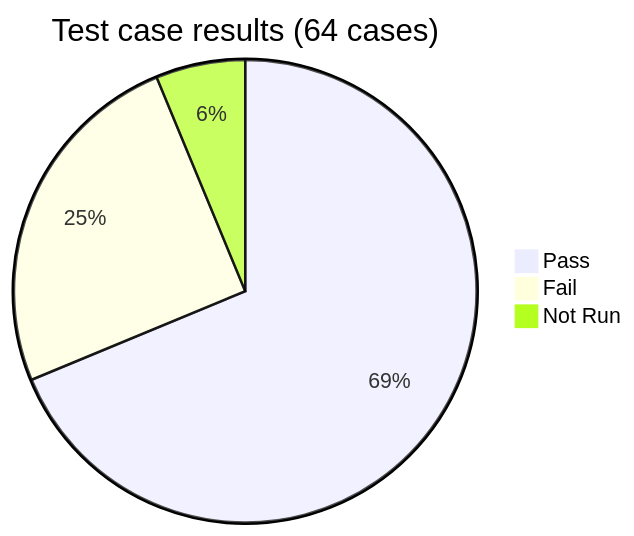
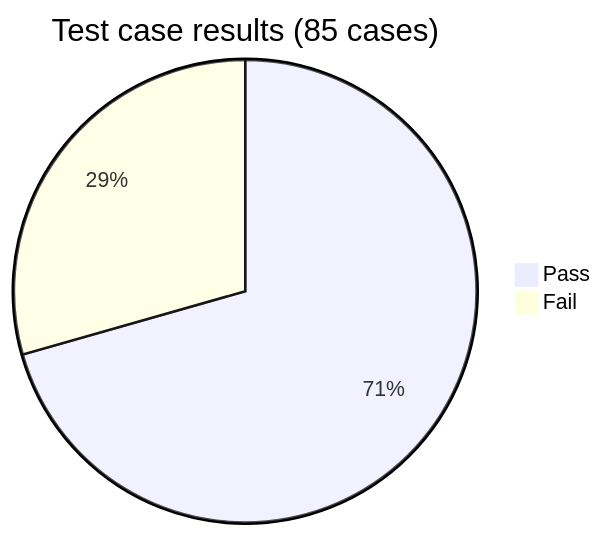
One commit to jahidulislamrihan26/sqa-portfolio changed the first of 2 diagrams in manual-testing/docs/05-test-summary-report.md. Above: the diagram before and after it, drawn with Mermaid. The commit also changed other lines of this file and 26 other files, not shown here.

````diff
--- a/manual-testing/docs/05-test-summary-report.md
+++ b/manual-testing/docs/05-test-summary-report.md
@@ -27,6 +34,5 @@
 ```mermaid
-pie title Test case results (64 cases)
-    "Pass" : 44
-    "Fail" : 16
-    "Not Run" : 4
+pie title Test case results (85 cases)
+    "Pass" : 60
+    "Fail" : 25
 ```
````
